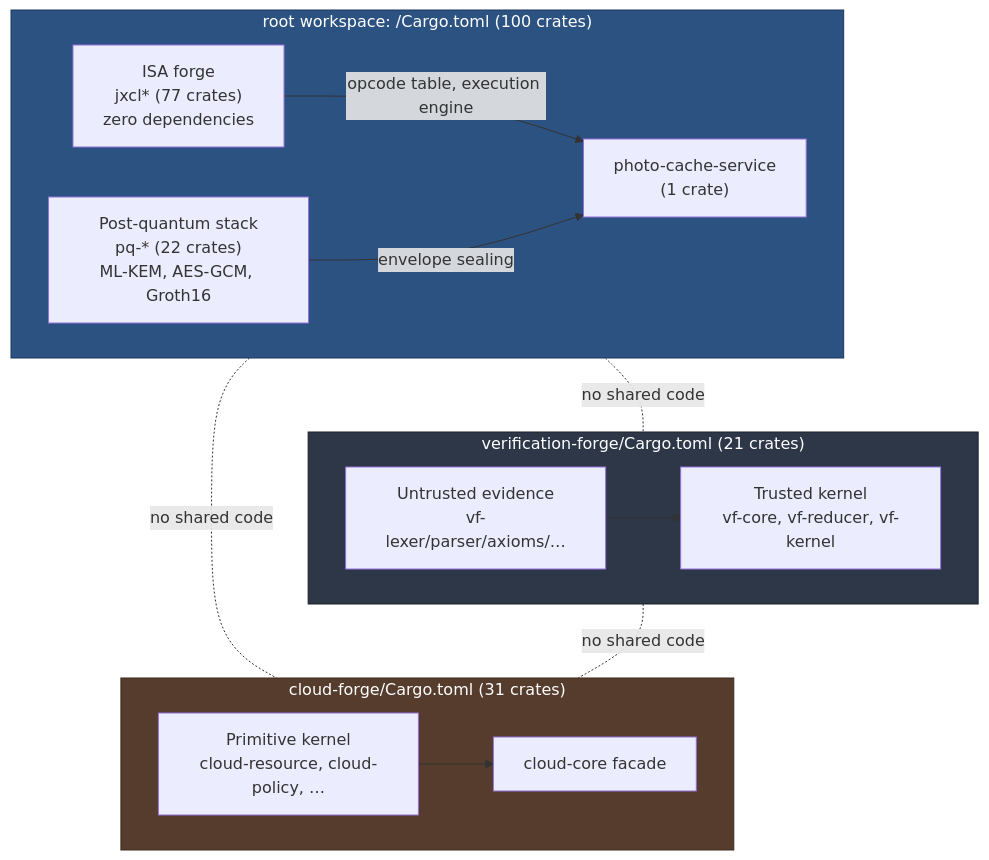
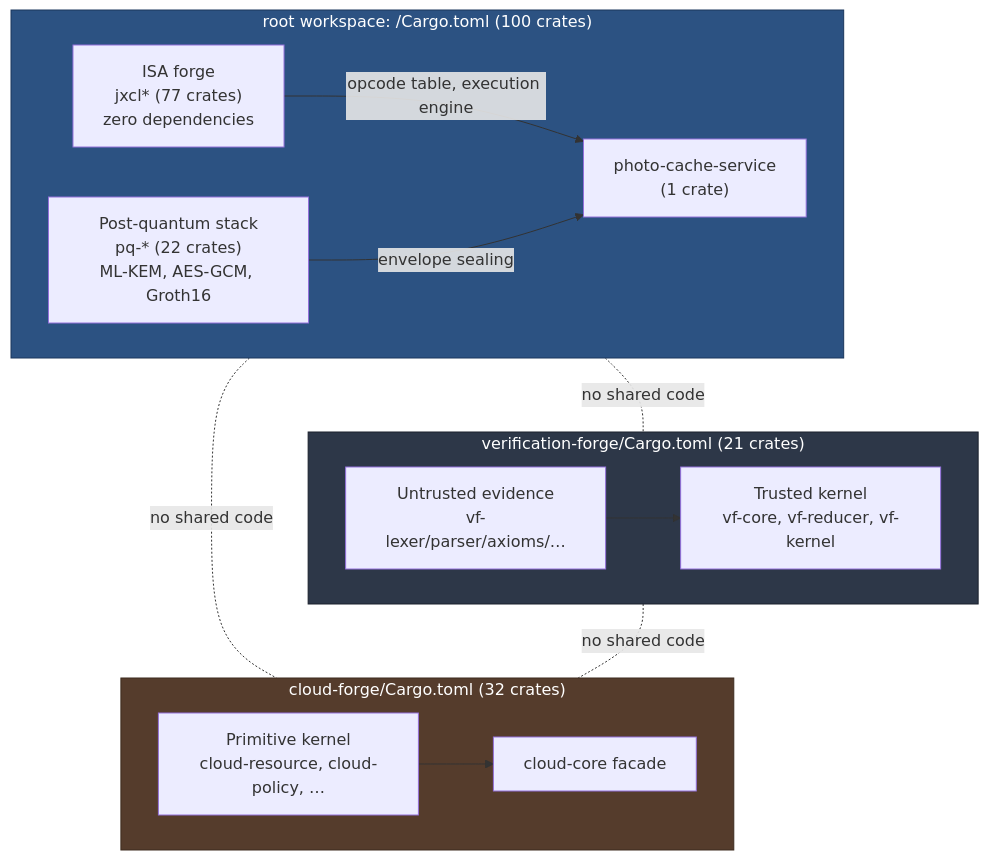
Before and after one commit to SNAPKITTYAGENT9NOVA/tlm-jxcl-forge: the first of 5 diagrams in README.md, drawn with Mermaid. The commit also changed other lines of this file and 5 other files, not shown here.

````diff
--- a/README.md
+++ b/README.md
@@ -69,33 +69,33 @@
 ```mermaid
 flowchart TB
     subgraph ROOT["root workspace: /Cargo.toml (100 crates)"]
         direction LR
         isa["ISA forge<br/>jxcl* (77 crates)<br/>zero dependencies"]
         pq["Post-quantum stack<br/>pq-* (22 crates)<br/>ML-KEM, AES-GCM, Groth16"]
         svc["photo-cache-service<br/>(1 crate)"]
         isa -->|opcode table, execution engine| svc
         pq -->|envelope sealing| svc
     end
 
     subgraph VF["verification-forge/Cargo.toml (21 crates)"]
         direction LR
         vfk["Trusted kernel<br/>vf-core, vf-reducer, vf-kernel"]
         vfe["Untrusted evidence<br/>vf-lexer/parser/axioms/…"]
         vfe --> vfk
     end
 
-    subgraph CF["cloud-forge/Cargo.toml (31 crates)"]
+    subgraph CF["cloud-forge/Cargo.toml (32 crates)"]
         direction LR
         cfk["Primitive kernel<br/>cloud-resource, cloud-policy, …"]
         cfc["cloud-core facade"]
         cfk --> cfc
     end
 
     ROOT -.no shared code.- VF
     ROOT -.no shared code.- CF
     VF -.no shared code.- CF
 
     style ROOT fill:#2c5282,color:#fff,stroke:#1a365d
     style VF fill:#2d3748,color:#fff,stroke:#1a202c
     style CF fill:#553c2c,color:#fff,stroke:#3d2b1f
 ```
````
